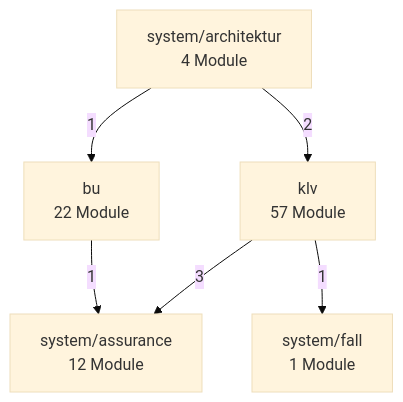
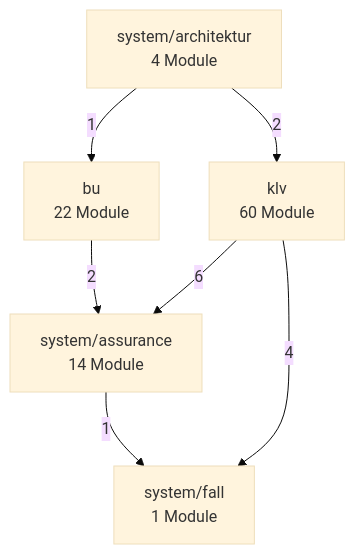
Before and after one commit to bartlmac/rechner-pipeline: the second of 3 diagrams in docs/architektur/landkarte.md, drawn with Mermaid (base theme). The commit also changed other lines of this file and 63 other files, not shown here.

````diff
--- a/docs/architektur/landkarte.md
+++ b/docs/architektur/landkarte.md
@@ -73,14 +73,15 @@
 ```mermaid
 %% Fachknoten — erzeugt von ontologie.landkarte
 flowchart TD
     bu["bu<br/>22 Module"]
-    klv["klv<br/>57 Module"]
+    klv["klv<br/>60 Module"]
     system_architektur["system/architektur<br/>4 Module"]
-    system_assurance["system/assurance<br/>12 Module"]
+    system_assurance["system/assurance<br/>14 Module"]
     system_fall["system/fall<br/>1 Module"]
-    bu -- 1 --> system_assurance
-    klv -- 3 --> system_assurance
-    klv -- 1 --> system_fall
+    bu -- 2 --> system_assurance
+    klv -- 6 --> system_assurance
+    klv -- 4 --> system_fall
     system_architektur -- 1 --> bu
     system_architektur -- 2 --> klv
+    system_assurance -- 1 --> system_fall
 ```
````
